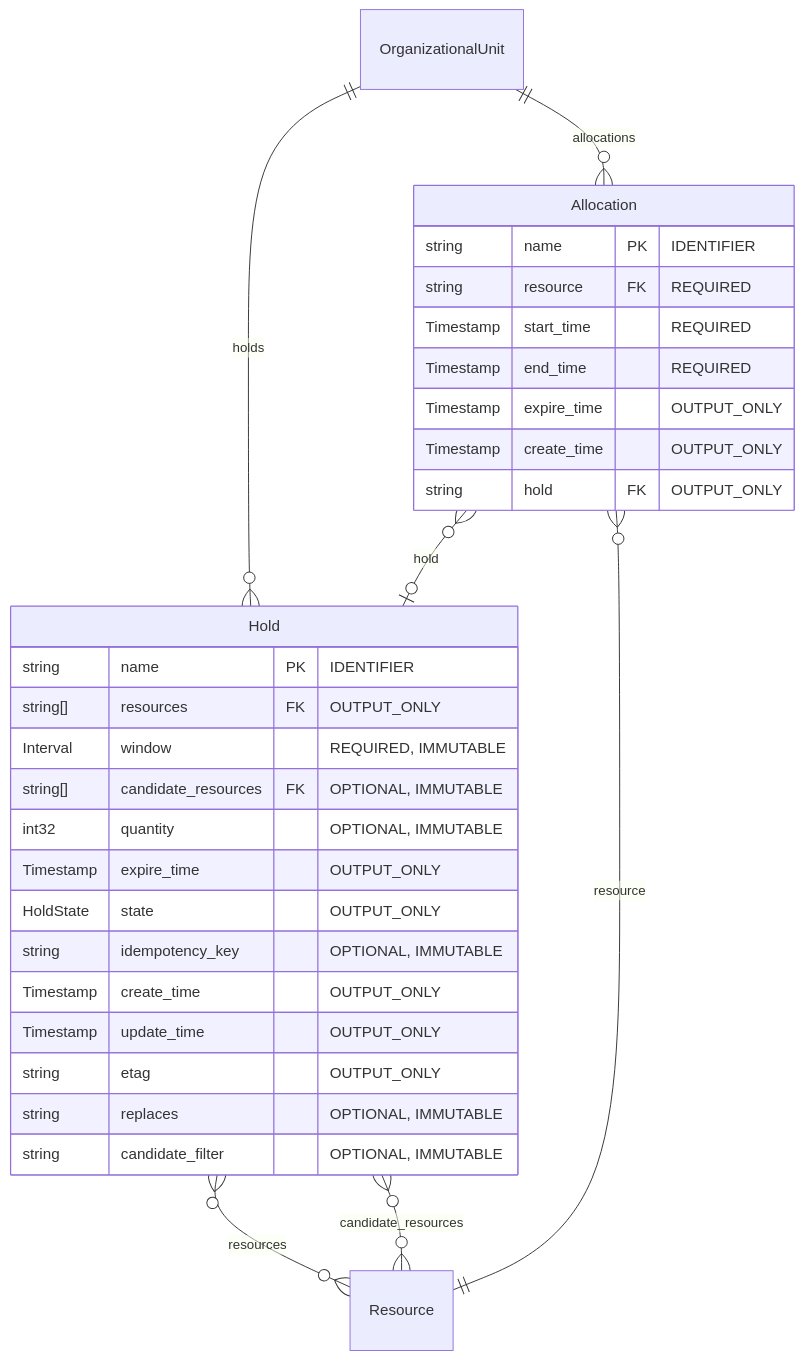
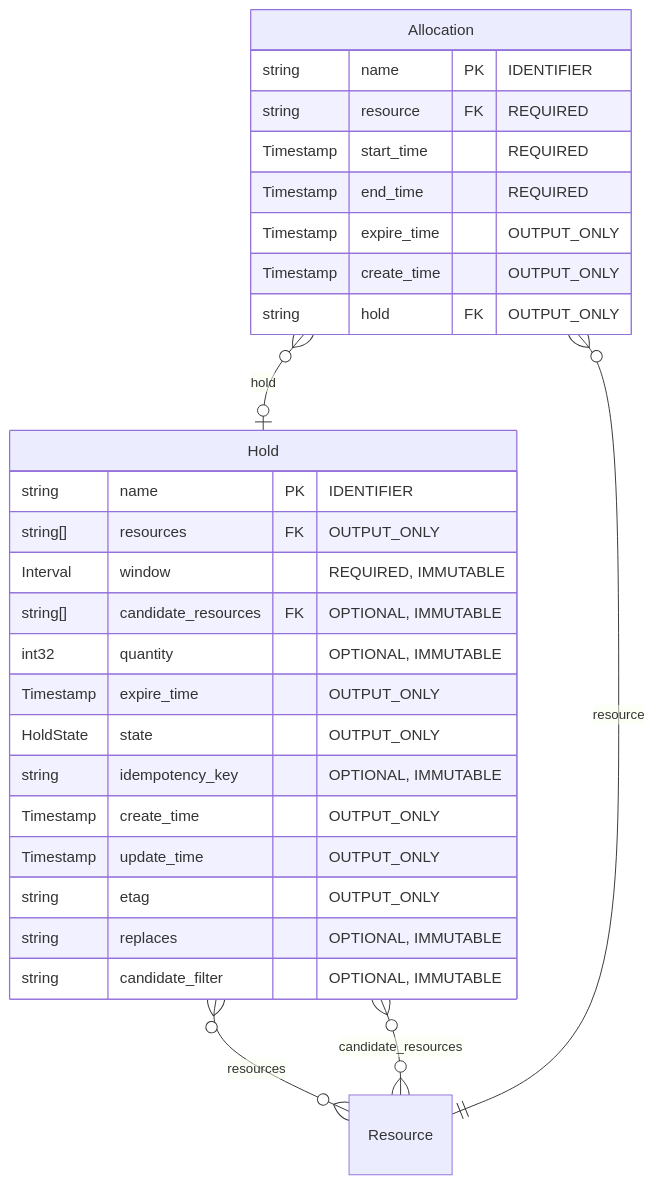
Before and after one commit to shokki-engineering/freebusy: the first of 3 diagrams in protobuf/freebusy/allocation/README.md, drawn with Mermaid. The commit also changed other lines of this file and 229 other files, not shown here.

````diff
--- a/protobuf/freebusy/allocation/README.md
+++ b/protobuf/freebusy/allocation/README.md
@@ -15,33 +15,31 @@
 ```mermaid
 erDiagram
     Hold {
         string name PK "IDENTIFIER"
         string[] resources FK "OUTPUT_ONLY"
         Interval window "REQUIRED, IMMUTABLE"
         string[] candidate_resources FK "OPTIONAL, IMMUTABLE"
         int32 quantity "OPTIONAL, IMMUTABLE"
         Timestamp expire_time "OUTPUT_ONLY"
         HoldState state "OUTPUT_ONLY"
         string idempotency_key "OPTIONAL, IMMUTABLE"
         Timestamp create_time "OUTPUT_ONLY"
         Timestamp update_time "OUTPUT_ONLY"
         string etag "OUTPUT_ONLY"
         string replaces "OPTIONAL, IMMUTABLE"
         string candidate_filter "OPTIONAL, IMMUTABLE"
     }
     Allocation {
         string name PK "IDENTIFIER"
         string resource FK "REQUIRED"
         Timestamp start_time "REQUIRED"
         Timestamp end_time "REQUIRED"
         Timestamp expire_time "OUTPUT_ONLY"
         Timestamp create_time "OUTPUT_ONLY"
         string hold FK "OUTPUT_ONLY"
     }
-    OrganizationalUnit ||--o{ Hold : "holds"
     Hold }o--o{ Resource : "resources"
     Hold }o--o{ Resource : "candidate_resources"
-    OrganizationalUnit ||--o{ Allocation : "allocations"
     Allocation }o--|| Resource : "resource"
     Allocation }o--o| Hold : "hold"
 ```
````
